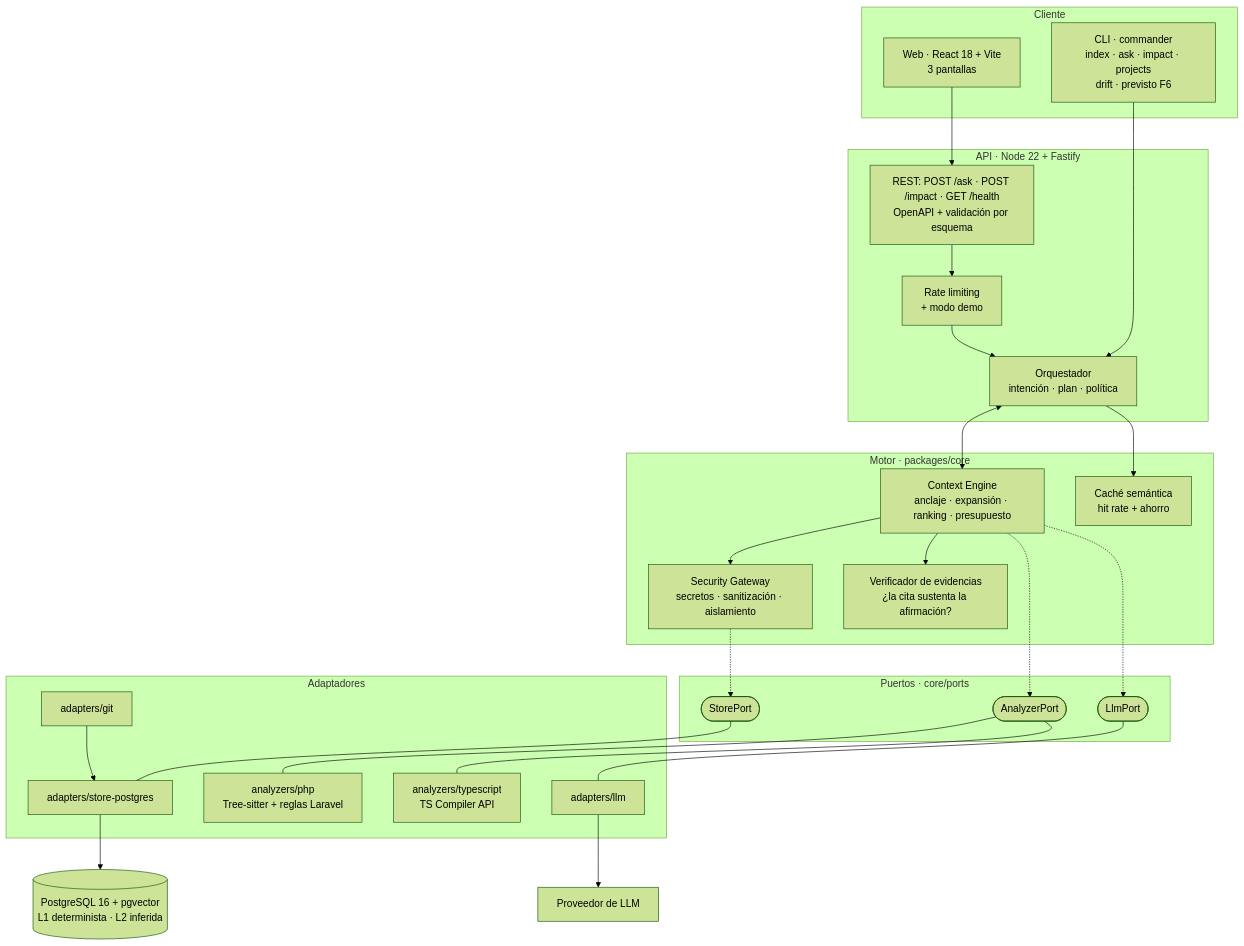
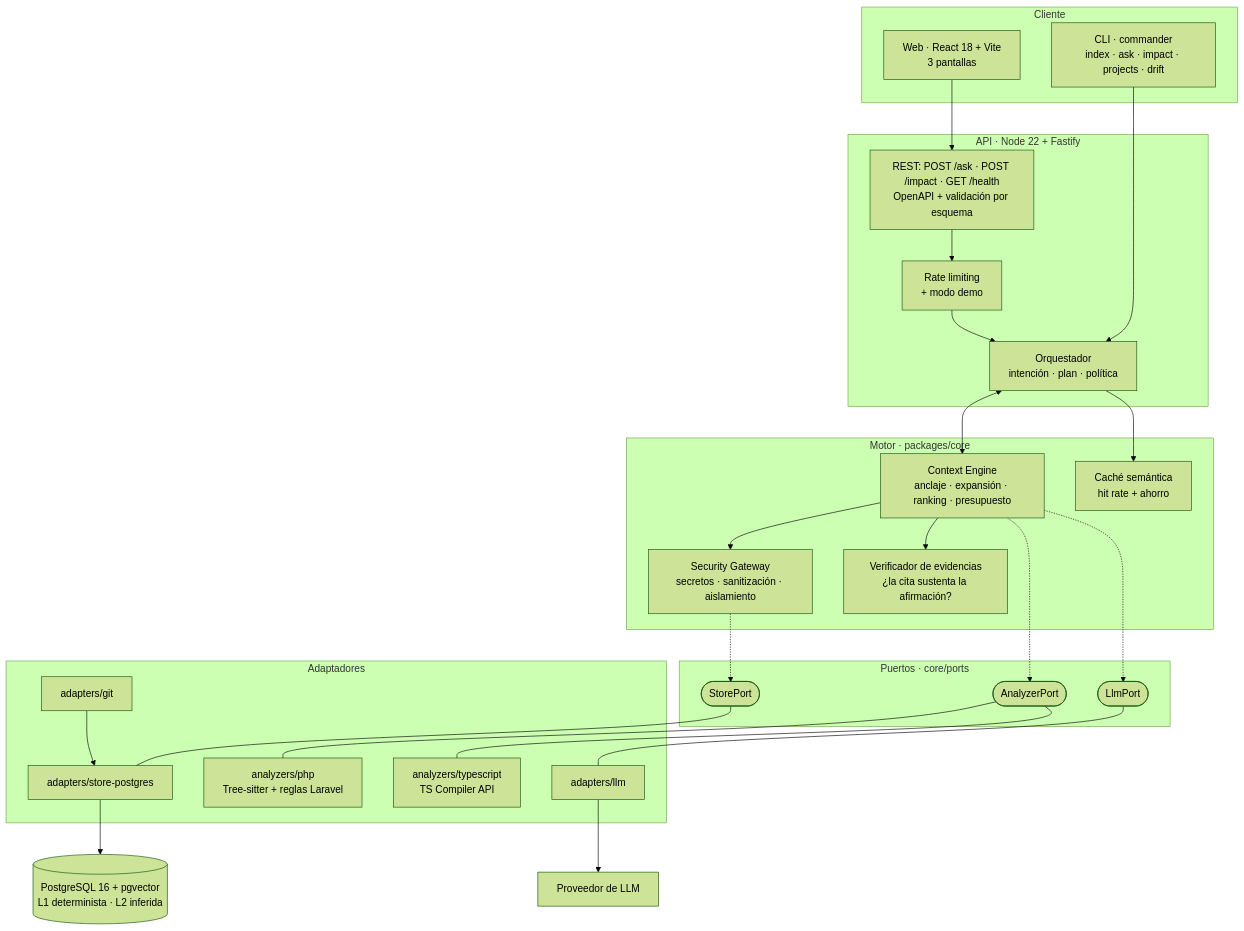
The first of 4 diagrams in readme.md (DisTinta/AI4Devs-finalproject), drawn with Mermaid (forest theme) before and after one commit. The commit also changed other lines of this file and 6 other files, not shown here.

````diff
--- a/readme.md
+++ b/readme.md
@@ -504,53 +505,53 @@
 ```mermaid
 flowchart TB
     subgraph client["Cliente"]
         WEB["Web · React 18 + Vite<br/>3 pantallas"]
-        CLI["CLI · commander<br/>index · ask · impact · projects<br/>drift · previsto F6"]
+        CLI["CLI · commander<br/>index · ask · impact · projects · drift"]
     end
 
     subgraph api["API · Node 22 + Fastify"]
         REST["REST: POST /ask · POST /impact · GET /health<br/>OpenAPI + validación por esquema"]
         RATE["Rate limiting<br/>+ modo demo"]
         ORCH["Orquestador<br/>intención · plan · política"]
     end
 
     subgraph engine["Motor · packages/core"]
         CTX["Context Engine<br/>anclaje · expansión · ranking · presupuesto"]
         SEC["Security Gateway<br/>secretos · sanitización · aislamiento"]
         VER["Verificador de evidencias<br/>¿la cita sustenta la afirmación?"]
         CACHE["Caché semántica<br/>hit rate + ahorro"]
     end
 
     subgraph ports["Puertos · core/ports"]
         AP(["AnalyzerPort"])
         LP(["LlmPort"])
         SP(["StorePort"])
     end
 
     subgraph adapters["Adaptadores"]
         PHP["analyzers/php<br/>Tree-sitter + reglas Laravel"]
         TSA["analyzers/typescript<br/>TS Compiler API"]
         GIT["adapters/git"]
         LLMA["adapters/llm"]
         PGA["adapters/store-postgres"]
     end
 
     PG[("PostgreSQL 16 + pgvector<br/>L1 determinista · L2 inferida")]
     LLM["Proveedor de LLM"]
 
     WEB --> REST
     CLI --> ORCH
     REST --> RATE --> ORCH
     ORCH <--> CTX
     ORCH --> CACHE
     CTX --> SEC
     CTX --> VER
     CTX -.-> AP
     CTX -.-> LP
     SEC -.-> SP
     AP --- PHP
     AP --- TSA
     LP --- LLMA --> LLM
     SP --- PGA --> PG
     GIT --> PGA
 ```
````
